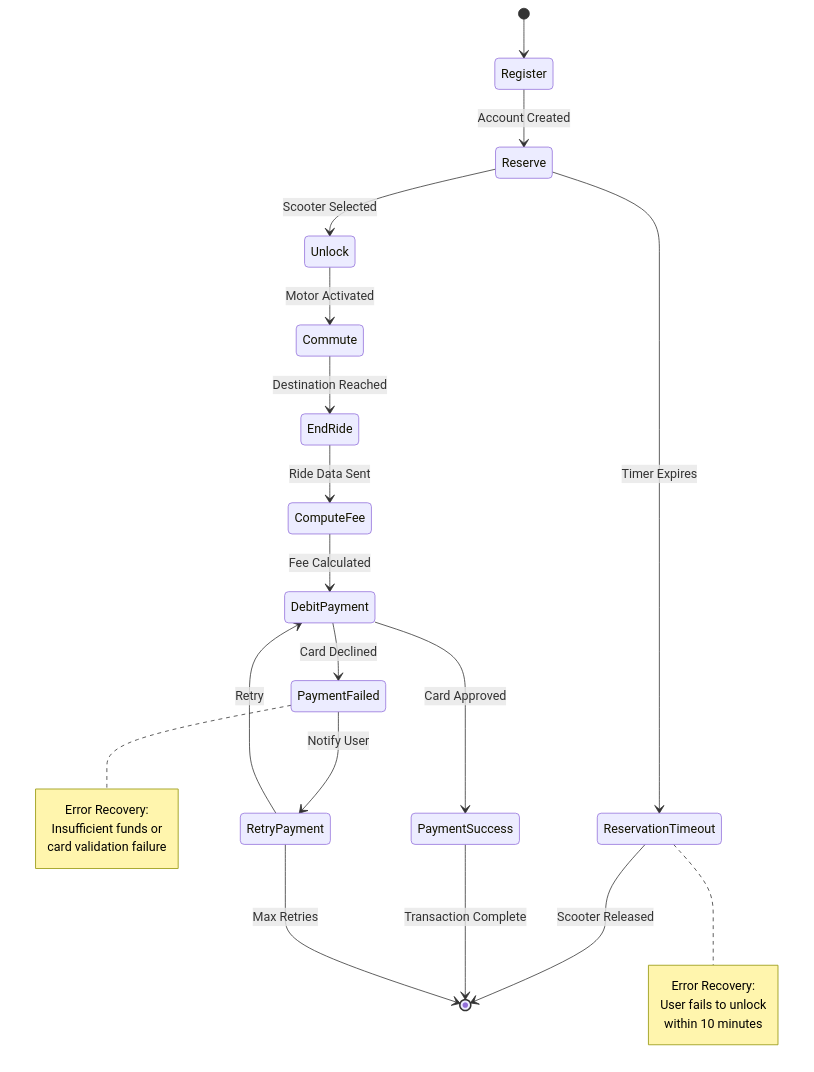
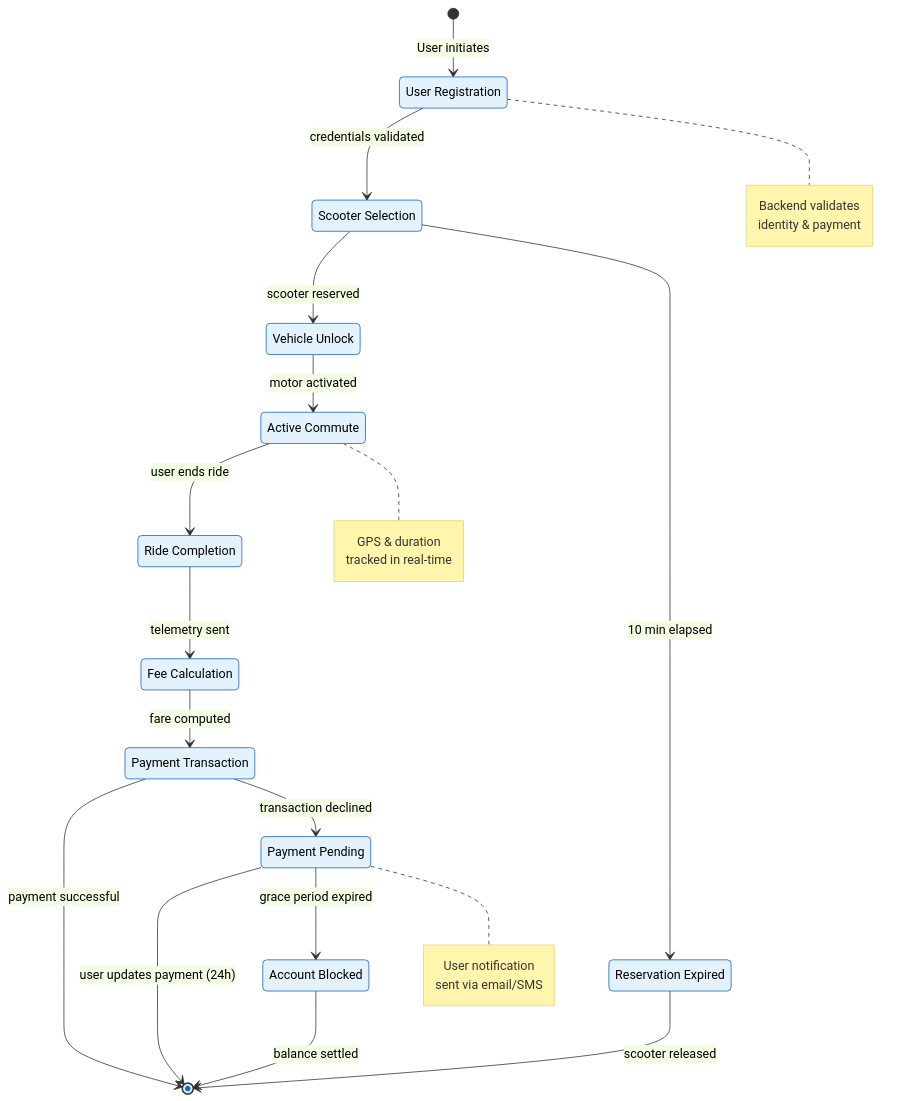
Before and after one commit to Siddharthpatni/Requirment_Asssignment: the diagram in Exercise_04/bim_diagram.mmd, drawn with Mermaid. The commit also changed 54 other files, not shown here.

```diff
--- a/Exercise_04/bim_diagram.mmd
+++ b/Exercise_04/bim_diagram.mmd
@@ -1,30 +1,36 @@
+%%{init: {'theme': 'base', 'themeVariables': { 'primaryColor': '#e3f2fd', 'primaryTextColor': '#000', 'primaryBorderColor': '#1565c0', 'lineColor': '#333'}}}%%
 stateDiagram-v2
-    [*] --> Register
-    Register --> Reserve: Account Created
-    Reserve --> Unlock: Scooter Selected
-    Reserve --> ReservationTimeout: Timer Expires
-    ReservationTimeout --> [*]: Scooter Released
+    direction TB
     
-    Unlock --> Commute: Motor Activated
-    Commute --> EndRide: Destination Reached
-    EndRide --> ComputeFee: Ride Data Sent
-    ComputeFee --> DebitPayment: Fee Calculated
-    DebitPayment --> PaymentSuccess: Card Approved
-    DebitPayment --> PaymentFailed: Card Declined
+    [*] --> Register: User initiates
     
-    PaymentSuccess --> [*]: Transaction Complete
-    PaymentFailed --> RetryPayment: Notify User
-    RetryPayment --> DebitPayment: Retry
-    RetryPayment --> [*]: Max Retries
-
-    note right of ReservationTimeout
-        Error Recovery:
-        User fails to unlock
-        within 10 minutes
-    end note
+    state "User Registration" as Register
+    state "Scooter Selection" as Reserve
+    state "Vehicle Unlock" as Unlock
+    state "Active Commute" as Commute
+    state "Ride Completion" as EndRide
+    state "Fee Calculation" as ComputeFee
+    state "Payment Transaction" as DebitPayment
+    state "Reservation Expired" as Timeout
+    state "Payment Pending" as PaymentPending
+    state "Account Blocked" as TempBlock
     
-    note right of PaymentFailed
-        Error Recovery:
-        Insufficient funds or
-        card validation failure
-    end note
+    Register --> Reserve: credentials validated
+    Reserve --> Unlock: scooter reserved
+    Reserve --> Timeout: 10 min elapsed
+    Timeout --> [*]: scooter released
+    
+    Unlock --> Commute: motor activated
+    Commute --> EndRide: user ends ride
+    EndRide --> ComputeFee: telemetry sent
+    ComputeFee --> DebitPayment: fare computed
+    
+    DebitPayment --> [*]: payment successful
+    DebitPayment --> PaymentPending: transaction declined
+    PaymentPending --> [*]: user updates payment (24h)
+    PaymentPending --> TempBlock: grace period expired
+    TempBlock --> [*]: balance settled
+    
+    note right of Register: Backend validates<br/>identity & payment
+    note right of Commute: GPS & duration<br/>tracked in real-time
+    note right of PaymentPending: User notification<br/>sent via email/SMS
```
